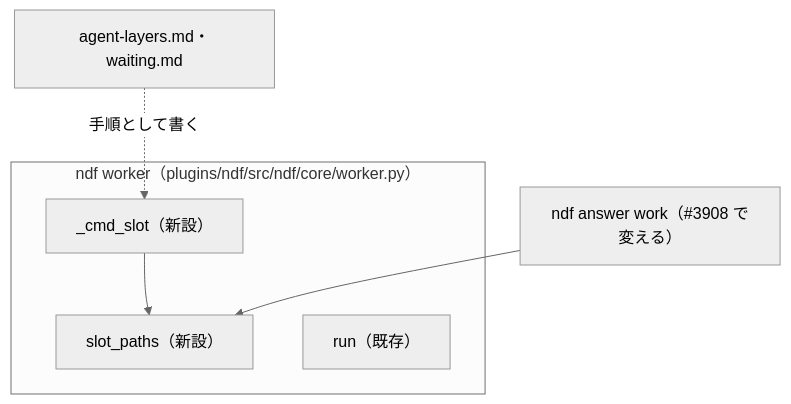
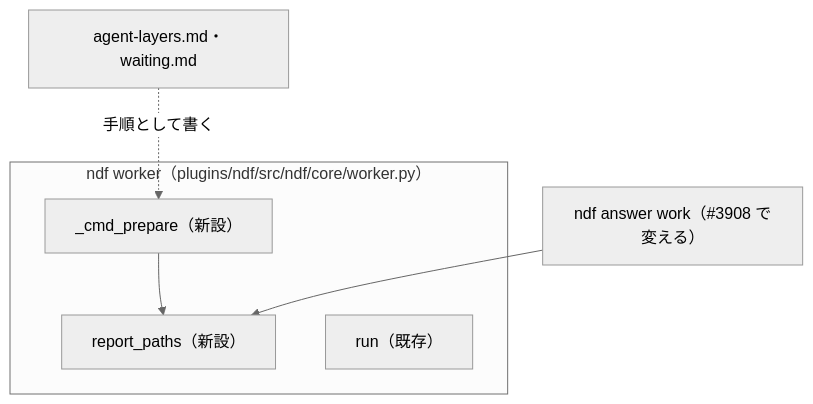
One commit to devbasex/ai-plugins changed the third of 4 diagrams in issues/issue-3877-design.md. Above: the diagram before and after it, drawn with Mermaid (neutral theme). The commit also changed other lines of this file and 2 other files, not shown here.

````diff
--- a/issues/issue-3877-design.md
+++ b/issues/issue-3877-design.md
@@ -62,11 +62,11 @@
 ```mermaid
 flowchart TB
     subgraph ndf["ndf worker（plugins/ndf/src/ndf/core/worker.py）"]
-        slot["_cmd_slot（新設）"]
-        paths["slot_paths（新設）"]
+        prep["_cmd_prepare（新設）"]
+        paths["report_paths（新設）"]
         run["run（既存）"]
     end
-    slot --> paths
+    prep --> paths
     aw["ndf answer work（#3908 で変える）"] --> paths
-    docs["agent-layers.md・waiting.md"] -.->|手順として書く| slot
+    docs["agent-layers.md・waiting.md"] -.->|手順として書く| prep
 ```
````
